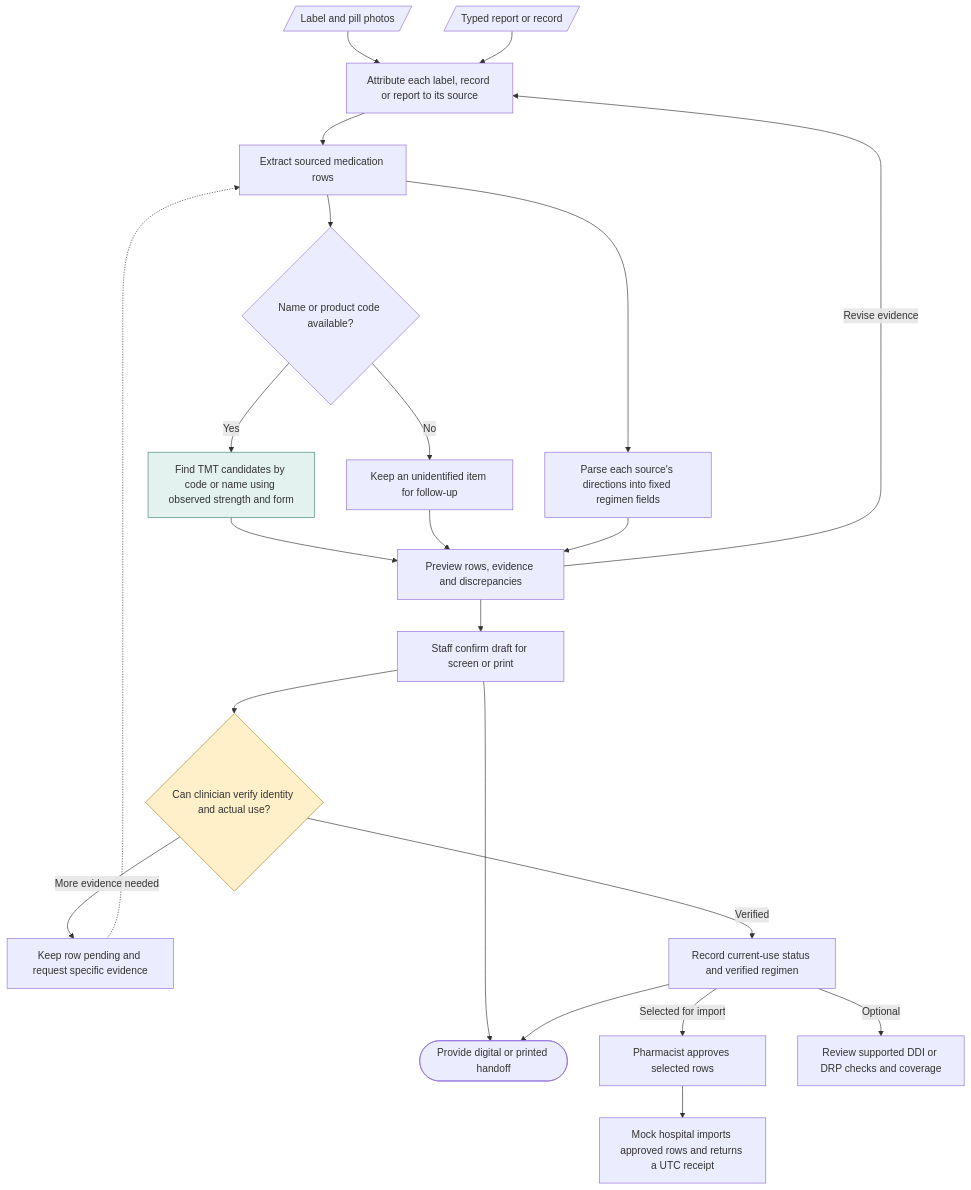
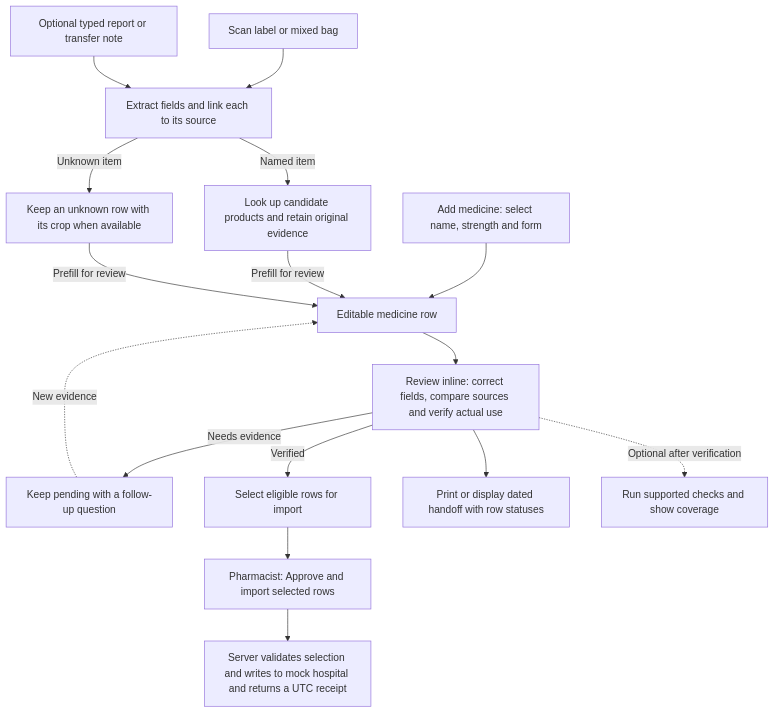
The diagram in docs/specs/medication-reader-v1.md (pakornds/Medication-Reader), drawn with Mermaid before and after one commit. The commit also changed other lines of this file and 1 other file, not shown here.

Commit message:
Converge direct entry and scan prefills on one medicine row

````diff
--- a/docs/specs/medication-reader-v1.md
+++ b/docs/specs/medication-reader-v1.md
@@ -13,26 +13,18 @@
 ```mermaid
 flowchart TD
-  photo[/"Label and pill photos"/] --> sources["Attribute each label, record or report to its source"]
-  textInput[/"Typed report or record"/] --> sources
-  sources --> extract["Extract sourced medication rows"]
-  extract --> product{"Name or product code available?"}
-  product -->|"Yes"| lookup["Find TMT candidates by code or name using observed strength and form"]
-  product -->|"No"| unknown["Keep an unidentified item for follow-up"]
-  extract --> sig["Parse each source's directions into fixed regimen fields"]
-  lookup --> preview["Preview rows, evidence and discrepancies"]
-  unknown --> preview
-  sig --> preview
-  preview --> draft["Staff confirm draft for screen or print"]
-  preview -->|Revise evidence| sources
-  draft --> handoff(["Provide digital or printed handoff"])
-  draft --> verify{"Can clinician verify identity and actual use?"}
-  verify -->|"More evidence needed"| follow["Keep row pending and request specific evidence"]
-  follow -.-> extract
-  verify -->|"Verified"| record["Record current-use status and verified regimen"]
-  record --> handoff
-  record -->|Selected for import| approve["Pharmacist approves selected rows"]
-  approve --> receipt["Mock hospital imports approved rows and returns a UTC receipt"]
-  record -->|"Optional"| checks["Review supported DDI or DRP checks and coverage"]
-  style verify fill:#FFF0CA,stroke:#AE802A
-  style lookup fill:#E3F2EF,stroke:#428875
+  manual["Add medicine: select name, strength and form"] --> row["Editable medicine row"]
+  scan["Scan label or mixed bag"] --> extract["Extract fields and link each to its source"]
+  note["Optional typed report or transfer note"] --> extract
+  extract -->|Named item| lookup["Look up candidate products and retain original evidence"]
+  extract -->|Unknown item| unknown["Keep an unknown row with its crop when available"]
+  lookup -->|Prefill for review| row
+  unknown -->|Prefill for review| row
+  row --> review["Review inline: correct fields, compare sources and verify actual use"]
+  review -->|Needs evidence| pending["Keep pending with a follow-up question"]
+  pending -.->|New evidence| row
+  review -->|Verified| eligible["Select eligible rows for import"]
+  review --> handoff["Print or display dated handoff with row statuses"]
+  eligible --> approve["Pharmacist: Approve and import selected rows"]
+  approve --> receipt["Server validates selection and writes to mock hospital and returns a UTC receipt"]
+  review -.->|Optional after verification| checks["Run supported checks and show coverage"]
 ```
````
